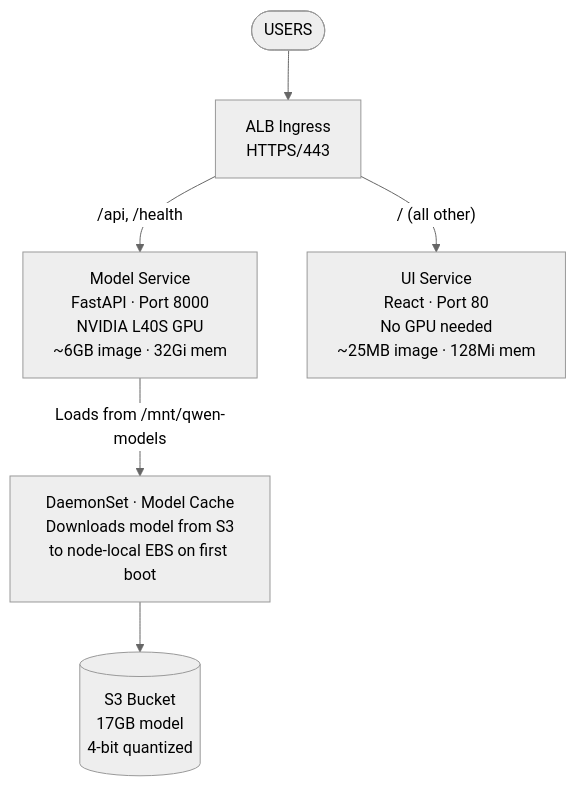
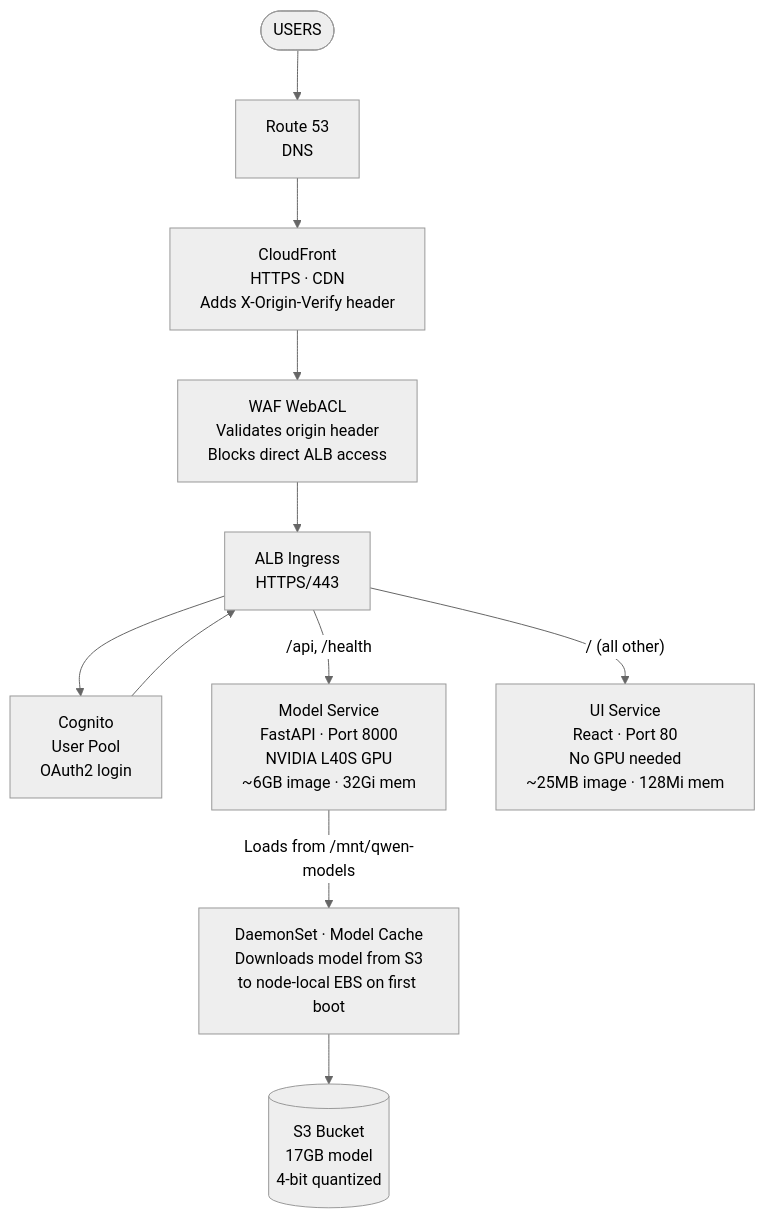
The first of 5 diagrams in README.md (garystafford/qwen-image-edit-2511-eks-react), drawn with Mermaid (neutral theme) before and after one commit. The commit also changed other lines of this file and 10 other files, not shown here.

First line of the commit message:
Add CloudFront + WAF + Cognito authentication

````diff
--- a/README.md
+++ b/README.md
@@ -9,11 +9,16 @@
 ```mermaid
 graph TD
-    Users(["USERS"]) --> ALB["ALB Ingress<br/>HTTPS/443"]
+    Users(["USERS"]) --> R53["Route 53<br/>DNS"]
+    R53 --> CF["CloudFront<br/>HTTPS · CDN<br/>Adds X-Origin-Verify header"]
+    CF --> WAF["WAF WebACL<br/>Validates origin header<br/>Blocks direct ALB access"]
+    WAF --> ALB["ALB Ingress<br/>HTTPS/443"]
+    ALB --> Cognito["Cognito<br/>User Pool<br/>OAuth2 login"]
+    Cognito --> ALB
 
     ALB -- "/api, /health" --> Model["Model Service<br/>FastAPI · Port 8000<br/>NVIDIA L40S GPU<br/>~6GB image · 32Gi mem"]
     ALB -- "/ (all other)" --> UI["UI Service<br/>React · Port 80<br/>No GPU needed<br/>~25MB image · 128Mi mem"]
 
     Model -- "Loads from /mnt/qwen-models" --> DS["DaemonSet · Model Cache<br/>Downloads model from S3<br/>to node-local EBS on first boot"]
 
     DS --> S3[("S3 Bucket<br/>17GB model<br/>4-bit quantized")]
 ```
````
